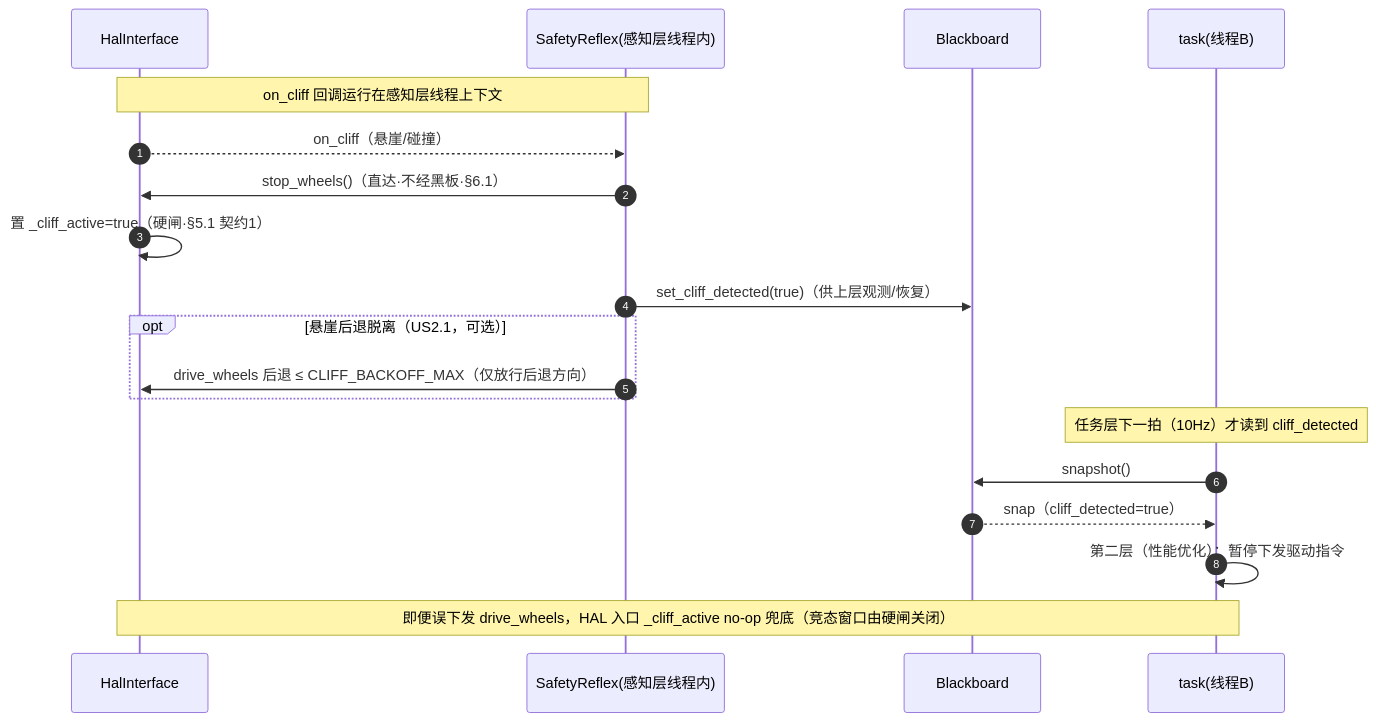
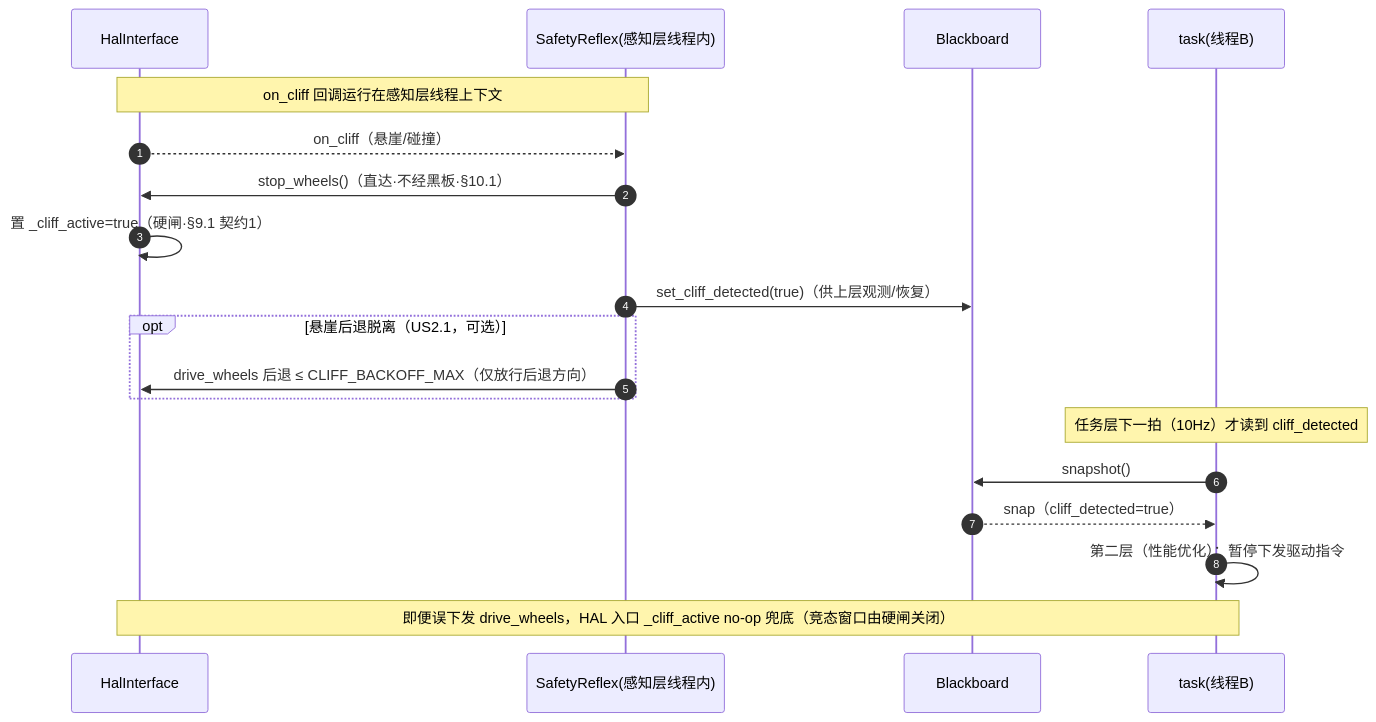
Before and after one commit to keeploading/super-baby: diagram 12 of 12 in docs/requirements/follow-me/follow-me-fds.md, drawn with Mermaid. The commit also changed other lines of this file and 3 other files, not shown here.

````diff
--- a/docs/requirements/follow-me/follow-me-fds.md
+++ b/docs/requirements/follow-me/follow-me-fds.md
@@ -447,23 +1090,23 @@
 ```mermaid
 sequenceDiagram
     autonumber
     participant HAL as HalInterface
     participant SR as SafetyReflex(感知层线程内)
     participant BB as Blackboard
     participant T as task(线程B)
 
     Note over HAL,SR: on_cliff 回调运行在感知层线程上下文
     HAL-->>SR: on_cliff（悬崖/碰撞）
-    SR->>HAL: stop_wheels()（直达·不经黑板·§6.1）
-    HAL->>HAL: 置 _cliff_active=true（硬闸·§5.1 契约1）
+    SR->>HAL: stop_wheels()（直达·不经黑板·§10.1）
+    HAL->>HAL: 置 _cliff_active=true（硬闸·§9.1 契约1）
     SR->>BB: set_cliff_detected(true)（供上层观测/恢复）
     opt 悬崖后退脱离（US2.1，可选）
         SR->>HAL: drive_wheels 后退 ≤ CLIFF_BACKOFF_MAX（仅放行后退方向）
     end
 
     Note over T: 任务层下一拍（10Hz）才读到 cliff_detected
     T->>BB: snapshot()
     BB-->>T: snap（cliff_detected=true）
     T->>T: 第二层（性能优化）：暂停下发驱动指令
     Note over T,HAL: 即便误下发 drive_wheels，HAL 入口 _cliff_active no-op 兜底（竞态窗口由硬闸关闭）
 ```
````
